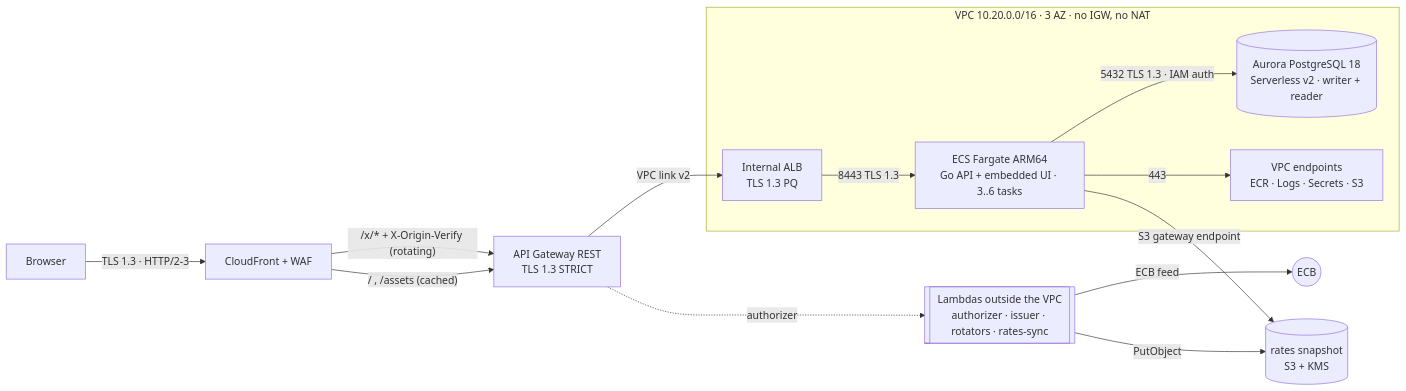
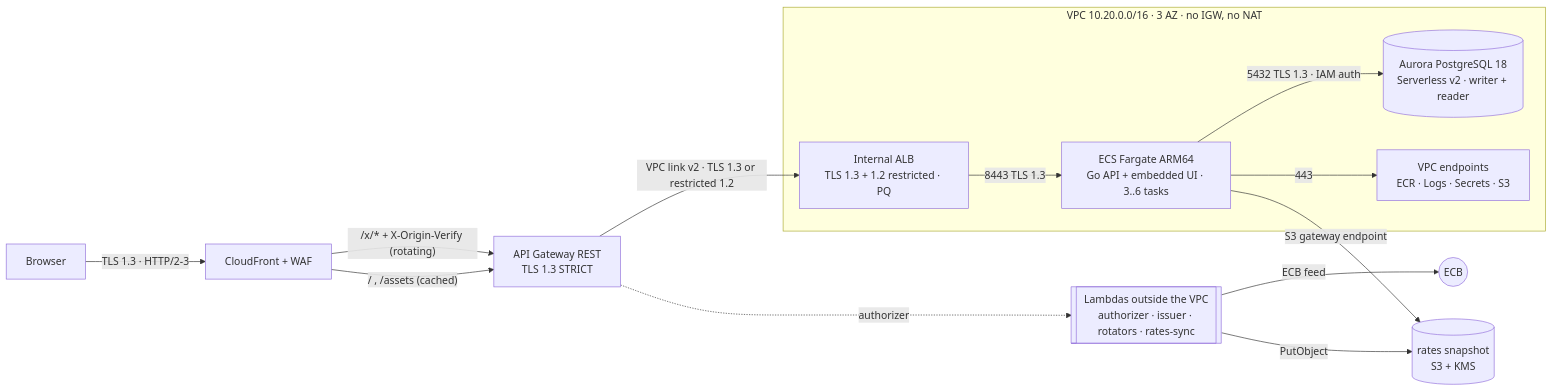
The diagram in README.md (AliBraws/soge), drawn with Mermaid before and after one commit. The commit also changed other lines of this file and 7 other files, not shown here.

Commit message:
docs: architecture, ADRs, runbook with incident log, distributed load test (#5)

````diff
--- a/README.md
+++ b/README.md
@@ -15,16 +15,16 @@
 ```mermaid
 flowchart LR
   U[Browser] -->|TLS 1.3 · HTTP/2-3| CF[CloudFront + WAF]
   CF -->|"/x/* + X-Origin-Verify (rotating)"| GW[API Gateway REST<br/>TLS 1.3 STRICT]
   CF -->|"/ , /assets (cached)"| GW
   GW -.->|authorizer| L[[Lambdas outside the VPC<br/>authorizer · issuer · rotators · rates-sync]]
   subgraph VPC["VPC 10.20.0.0/16 · 3 AZ · no IGW, no NAT"]
-    ALB[Internal ALB<br/>TLS 1.3 PQ] -->|8443 TLS 1.3| API[ECS Fargate ARM64<br/>Go API + embedded UI · 3..6 tasks]
+    ALB[Internal ALB<br/>TLS 1.3 + 1.2 restricted · PQ] -->|8443 TLS 1.3| API[ECS Fargate ARM64<br/>Go API + embedded UI · 3..6 tasks]
     API -->|5432 TLS 1.3 · IAM auth| DB[(Aurora PostgreSQL 18<br/>Serverless v2 · writer + reader)]
     API -->|443| EP[VPC endpoints<br/>ECR · Logs · Secrets · S3]
   end
-  GW -->|VPC link v2| ALB
+  GW -->|VPC link v2 · TLS 1.3 or restricted 1.2| ALB
   L -->|ECB feed| ECB((ECB))
   L -->|PutObject| S3[(rates snapshot<br/>S3 + KMS)]
   API -->|S3 gateway endpoint| S3
 ```
````
